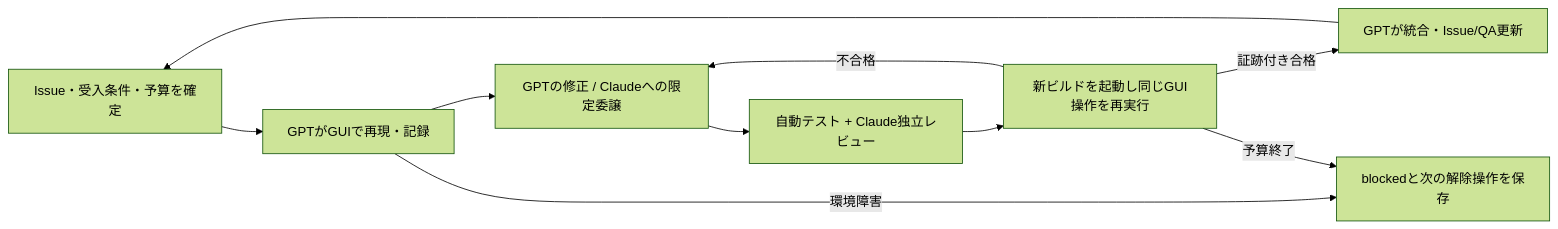
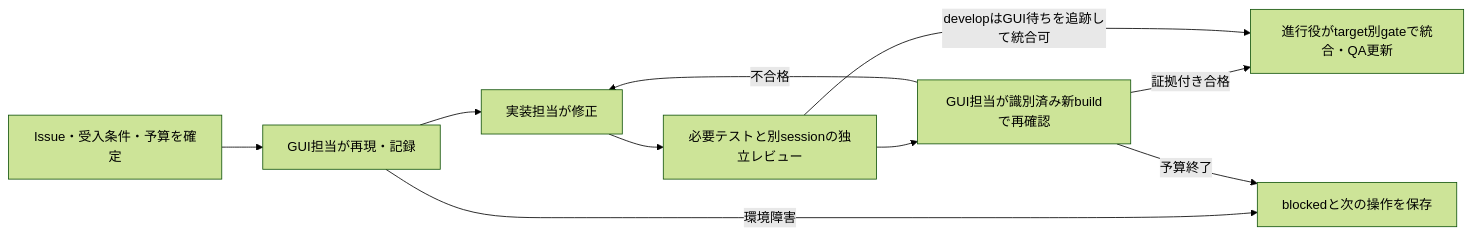
The diagram in docs/loop-engineering/README.md (shinma06/cursor-in-android-studio), drawn with Mermaid (forest theme) before and after one commit. The commit also changed other lines of this file and 24 other files, not shown here.

````diff
--- a/docs/loop-engineering/README.md
+++ b/docs/loop-engineering/README.md
@@ -29,12 +13,12 @@
 ```mermaid
 flowchart LR
-  A[Issue・受入条件・予算を確定] --> B[GPTがGUIで再現・記録]
-  B --> C[GPTの修正 / Claudeへの限定委譲]
-  C --> D[自動テスト + Claude独立レビュー]
-  D --> E[新ビルドを起動し同じGUI操作を再実行]
+  A[Issue・受入条件・予算を確定] --> B[GUI担当が再現・記録]
+  B --> C[実装担当が修正]
+  C --> D[必要テストと別sessionの独立レビュー]
+  D --> E[GUI担当が識別済み新buildで再確認]
   E -->|不合格| C
-  E -->|証跡付き合格| F[GPTが統合・Issue/QA更新]
-  B -->|環境障害| G[blockedと次の解除操作を保存]
+  E -->|証拠付き合格| F[進行役がtarget別gateで統合・QA更新]
+  B -->|環境障害| G[blockedと次の操作を保存]
   E -->|予算終了| G
-  F --> A
+  D -->|developはGUI待ちを追跡して統合可| F
 ```
````
